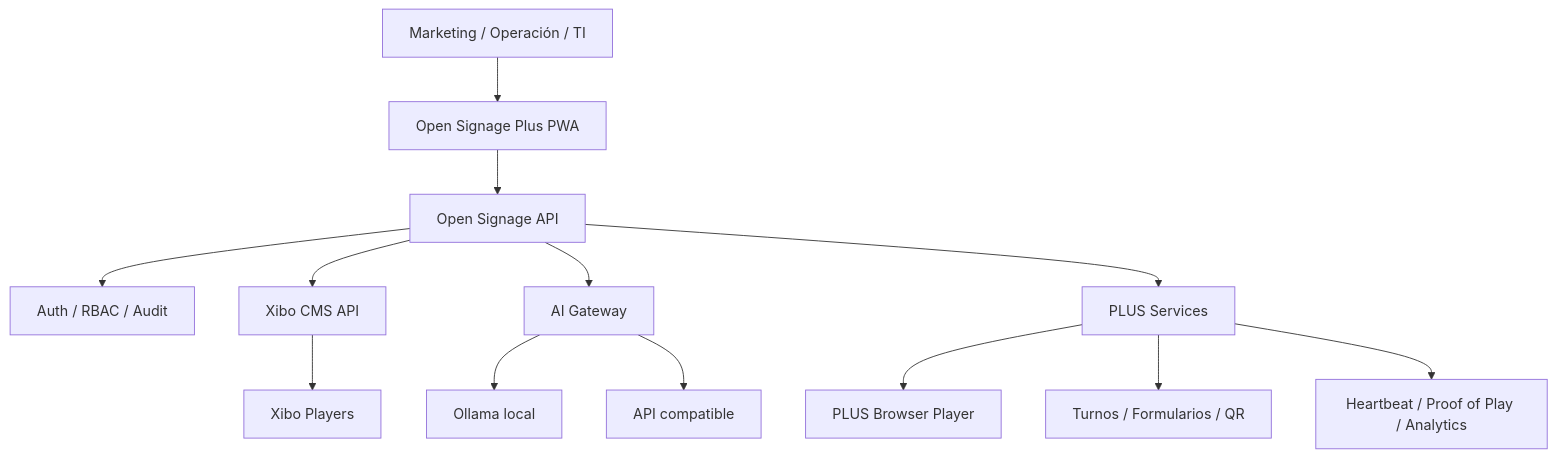
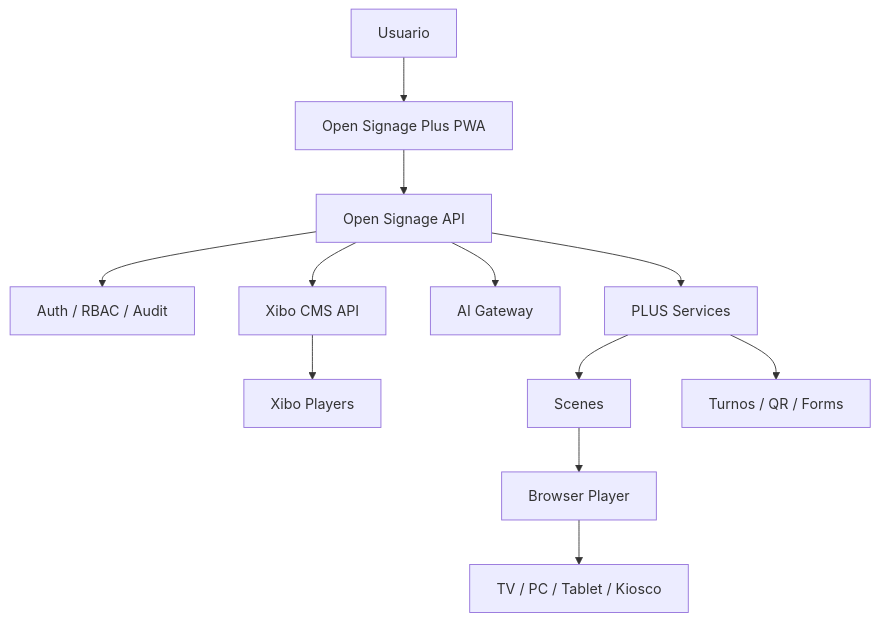
The diagram in README.md (LORDMANUEL/OPEN-SINAGE-PLUS), drawn with Mermaid before and after one commit. The commit also changed other lines of this file, not shown here.

Commit message:
docs: document active alpha beta stable release flow

````diff
--- a/README.md
+++ b/README.md
@@ -54,15 +59,14 @@
 ```mermaid
 flowchart TD
-    USER[Marketing / Operación / TI] --> PWA[Open Signage Plus PWA]
-    PWA --> API[Open Signage API]
-    API --> AUTH[Auth / RBAC / Audit]
-    API --> XIBO[Xibo CMS API]
-    API --> AI[AI Gateway]
-    API --> PLUS[PLUS Services]
-    XIBO --> XP[Xibo Players]
-    PLUS --> PLAYER[PLUS Browser Player]
-    PLUS --> QUEUE[Turnos / Formularios / QR]
-    PLUS --> ANALYTICS[Heartbeat / Proof of Play / Analytics]
-    AI --> OLLAMA[Ollama local]
-    AI --> REMOTE[API compatible]
+  U[Usuario] --> PWA[Open Signage Plus PWA]
+  PWA --> API[Open Signage API]
+  API --> AUTH[Auth / RBAC / Audit]
+  API --> XIBO[Xibo CMS API]
+  API --> AI[AI Gateway]
+  API --> PLUS[PLUS Services]
+  XIBO --> XP[Xibo Players]
+  PLUS --> SCENES[Scenes]
+  SCENES --> BP[Browser Player]
+  PLUS --> Q[Turnos / QR / Forms]
+  BP --> TV[TV / PC / Tablet / Kiosco]
 ```
````
